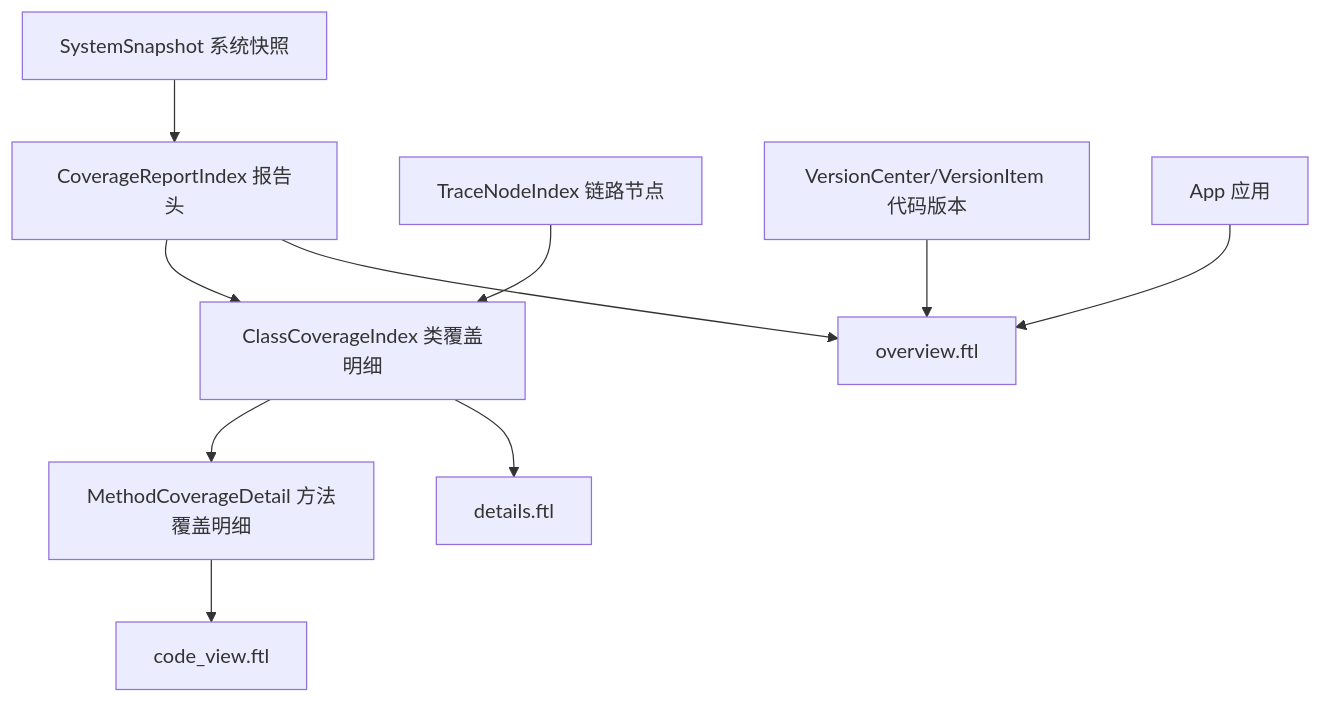
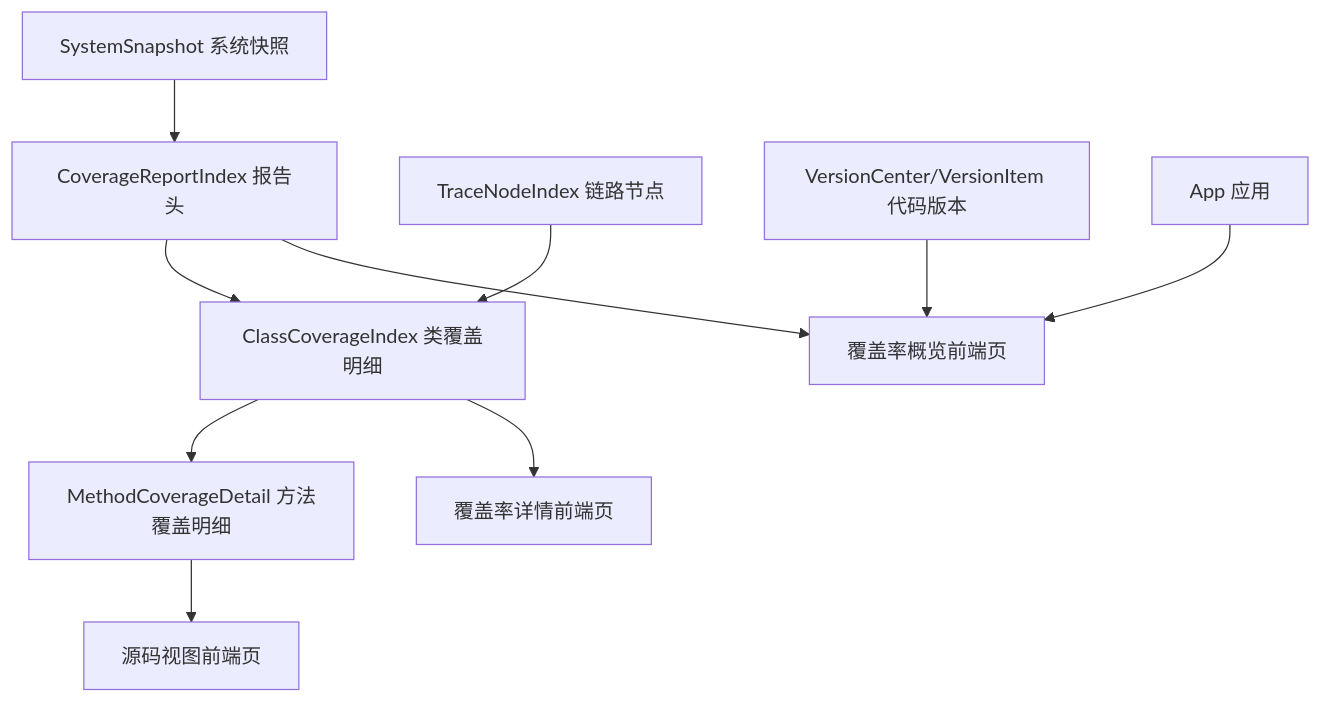
The fifth of 10 diagrams in oAT-service/oAT-service-web/README-coverage-architecture.md (000xiaoxiao000/oAccurateTest), drawn with Mermaid before and after one commit. The commit also changed other lines of this file and 1 other file, not shown here.

````diff
--- a/oAT-service/oAT-service-web/README-coverage-architecture.md
+++ b/oAT-service/oAT-service-web/README-coverage-architecture.md
@@ -112,24 +112,24 @@
 ```mermaid
 flowchart TD
   R[CoverageReportIndex 报告头]
   C[ClassCoverageIndex 类覆盖明细]
   M[MethodCoverageDetail 方法覆盖明细]
   S[SystemSnapshot 系统快照]
   T[TraceNodeIndex 链路节点]
   V[VersionCenter/VersionItem 代码版本]
   A[App 应用]
 
-  O1[overview.ftl]
-  O2[details.ftl]
-  O3[code_view.ftl]
+  O1[覆盖率概览前端页]
+  O2[覆盖率详情前端页]
+  O3[源码视图前端页]
 
   S --> R
   T --> C
   R --> C
   C --> M
   V --> O1
   A --> O1
   R --> O1
   C --> O2
   M --> O3
 ```
````
